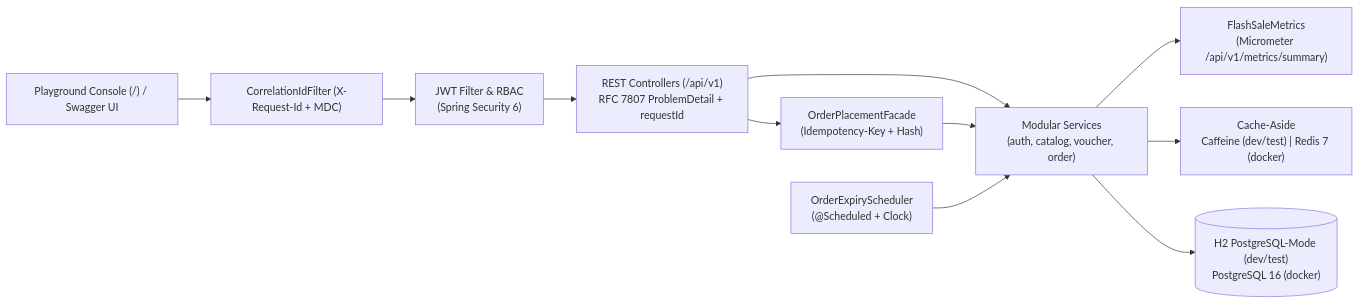
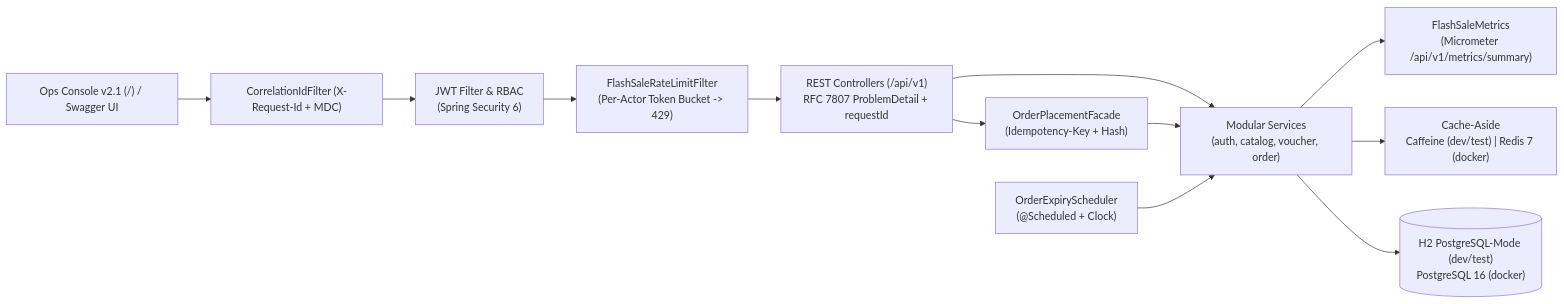
One commit to bachiep/flashsale-order-inventory-api changed the first of 2 diagrams in README.md. Above: the diagram before and after it, drawn with Mermaid. The commit also changed other lines of this file and 26 other files, not shown here.

Commit message:
feat(v2.1): add token-bucket rate limiting, virtual threads, voucher/lifecycle labs, and JaCoCo gate (#20)

````diff
--- a/README.md
+++ b/README.md
@@ -27,13 +27,14 @@
 ```mermaid
 flowchart LR
-    Client["Playground Console (/) / Swagger UI"] --> Filter["CorrelationIdFilter (X-Request-Id + MDC)"]
+    Client["Ops Console v2.1 (/) / Swagger UI"] --> Filter["CorrelationIdFilter (X-Request-Id + MDC)"]
     Filter --> Security["JWT Filter & RBAC<br/>(Spring Security 6)"]
-    Security --> Controllers["REST Controllers (/api/v1)<br/>RFC 7807 ProblemDetail + requestId"]
+    Security --> RateLimit["FlashSaleRateLimitFilter<br/>(Per-Actor Token Bucket -> 429)"]
+    RateLimit --> Controllers["REST Controllers (/api/v1)<br/>RFC 7807 ProblemDetail + requestId"]
     Controllers --> Facade["OrderPlacementFacade<br/>(Idempotency-Key + Hash)"]
     Controllers --> Services["Modular Services<br/>(auth, catalog, voucher, order)"]
     Facade --> Services
     Services --> Metrics["FlashSaleMetrics<br/>(Micrometer /api/v1/metrics/summary)"]
     Services --> Cache["Cache-Aside<br/>Caffeine (dev/test) | Redis 7 (docker)"]
     Services --> DB[("H2 PostgreSQL-Mode (dev/test)<br/>PostgreSQL 16 (docker)")]
     Scheduler["OrderExpiryScheduler<br/>(@Scheduled + Clock)"] --> Services
 ```
````
